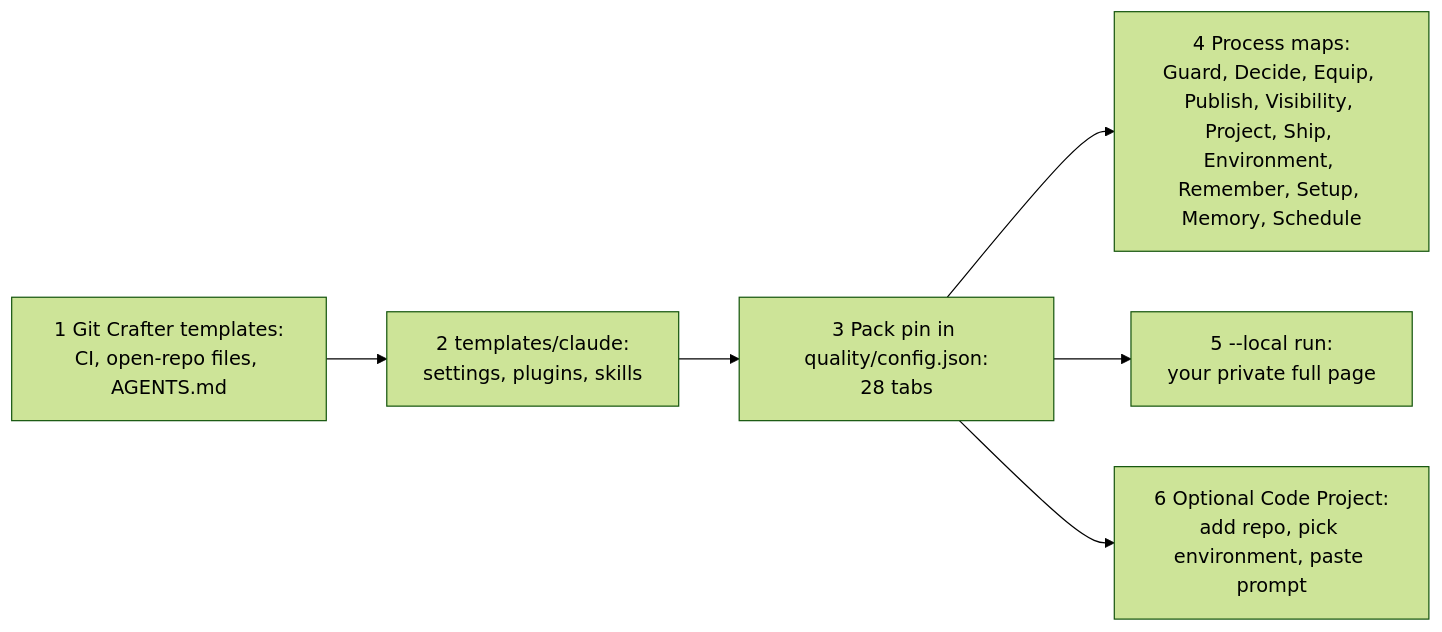
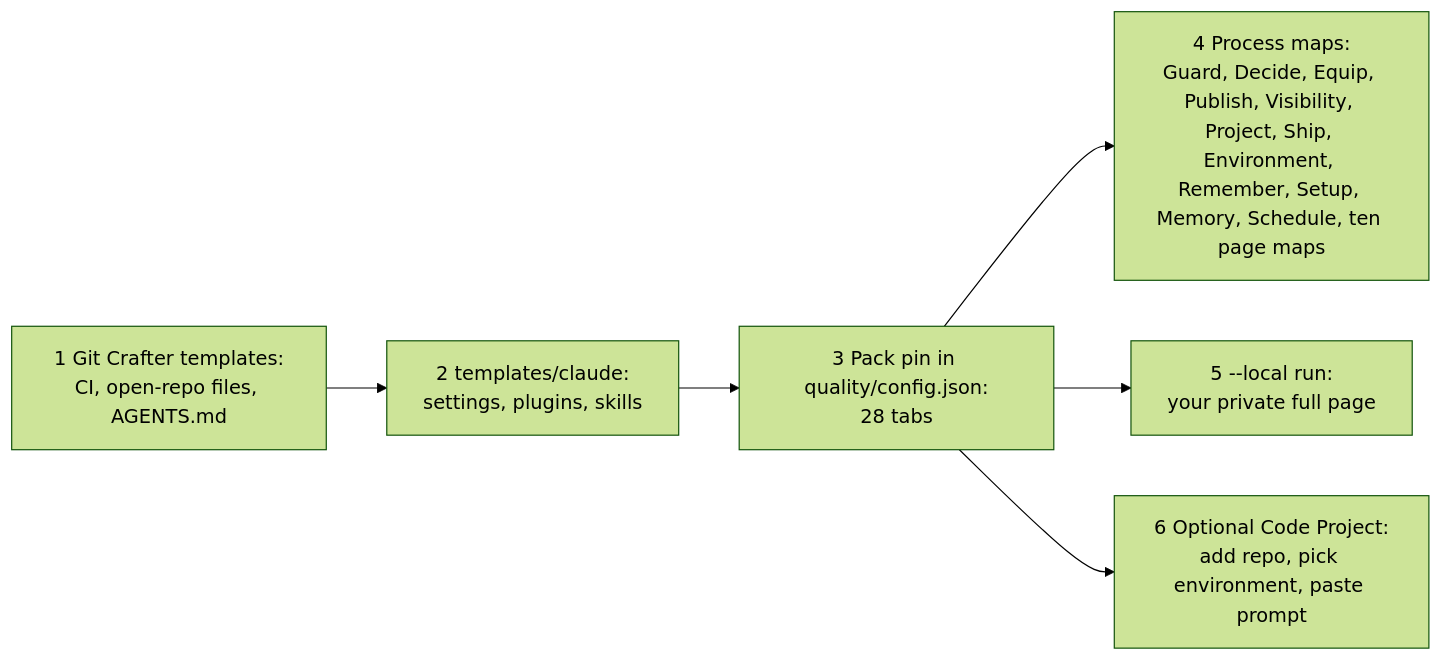
The first of 2 diagrams in README.md (Colorado-Startups/claudius), drawn with Mermaid (forest theme) before and after one commit. The commit also changed other lines of this file and 7 other files, not shown here.

````diff
--- a/README.md
+++ b/README.md
@@ -25,8 +25,8 @@
 ```mermaid
 flowchart LR
   GC[1 Git Crafter templates:<br/>CI, open-repo files, AGENTS.md] --> T[2 templates/claude:<br/>settings, plugins, skills]
   T --> P[3 Pack pin in quality/config.json:<br/>28 tabs]
-  P --> M[4 Process maps:<br/>Guard, Decide, Equip, Publish, Visibility, Project, Ship, Environment, Remember, Setup, Memory, Schedule]
+  P --> M[4 Process maps:<br/>Guard, Decide, Equip, Publish, Visibility, Project, Ship, Environment, Remember, Setup, Memory, Schedule, ten page maps]
   P --> L[5 --local run:<br/>your private full page]
   P --> CP[6 Optional Code Project:<br/>add repo, pick environment, paste prompt]
 ```
````
